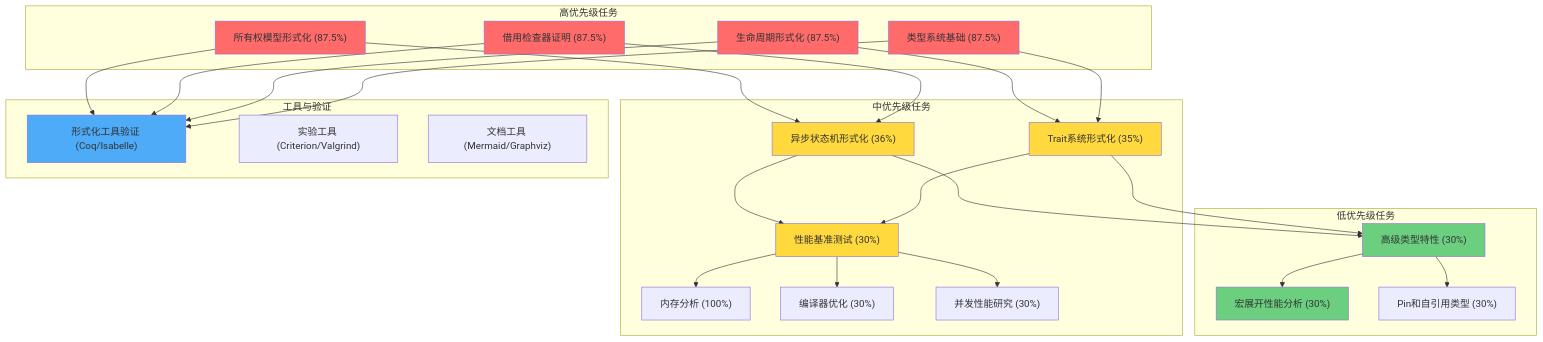
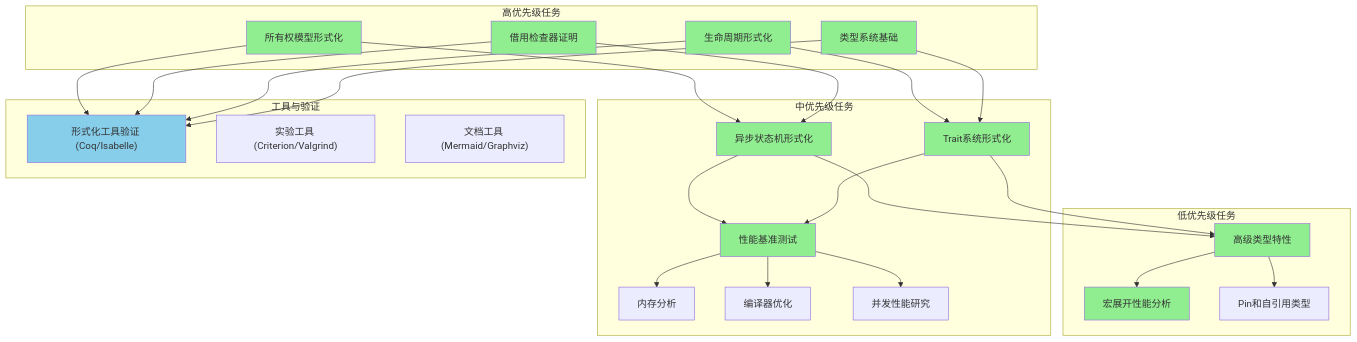
The diagram in docs/research_notes/TASK_ORCHESTRATION_AND_EXECUTION_PLAN.md (martin-ly/rust-lang), drawn with Mermaid before and after one commit. The commit also changed other lines of this file and 15 other files, not shown here.

````diff
--- a/docs/research_notes/TASK_ORCHESTRATION_AND_EXECUTION_PLAN.md
+++ b/docs/research_notes/TASK_ORCHESTRATION_AND_EXECUTION_PLAN.md
@@ -130,62 +139,62 @@
 ```mermaid
 graph TB
     subgraph "高优先级任务"
-        A1["所有权模型形式化 (87.5%)"]
-        A2["借用检查器证明 (87.5%)"]
-        A3["生命周期形式化 (87.5%)"]
-        A4["类型系统基础 (87.5%)"]
+        A1["所有权模型形式化"]
+        A2["借用检查器证明"]
+        A3["生命周期形式化"]
+        A4["类型系统基础"]
     end
 
     subgraph "中优先级任务"
-        B1["异步状态机形式化 (36%)"]
-        B2["Trait系统形式化 (35%)"]
-        B3["性能基准测试 (30%)"]
-        B4["内存分析 (100%)"]
-        B5["编译器优化 (30%)"]
-        B6["并发性能研究 (30%)"]
+        B1["异步状态机形式化"]
+        B2["Trait系统形式化"]
+        B3["性能基准测试"]
+        B4["内存分析"]
+        B5["编译器优化"]
+        B6["并发性能研究"]
     end
 
     subgraph "低优先级任务"
-        C1["高级类型特性 (30%)"]
-        C2["宏展开性能分析 (30%)"]
-        C3["Pin和自引用类型 (30%)"]
+        C1["高级类型特性"]
+        C2["宏展开性能分析"]
+        C3["Pin和自引用类型"]
     end
 
     subgraph "工具与验证"
         D1["形式化工具验证 (Coq/Isabelle)"]
         D2["实验工具 (Criterion/Valgrind)"]
         D3["文档工具 (Mermaid/Graphviz)"]
     end
 
     A1 --> D1
     A2 --> D1
     A3 --> D1
     A4 --> D1
 
     A1 --> B1
     A2 --> B1
     A3 --> B2
     A4 --> B2
 
     B1 --> B3
     B2 --> B3
     B3 --> B4
     B3 --> B5
     B3 --> B6
 
     B1 --> C1
     B2 --> C1
     C1 --> C2
     C1 --> C3
 
-    style A1 fill:#ff6b6b
-    style A2 fill:#ff6b6b
-    style A3 fill:#ff6b6b
-    style A4 fill:#ff6b6b
-    style B1 fill:#ffd93d
-    style B2 fill:#ffd93d
-    style B3 fill:#ffd93d
-    style C1 fill:#6bcf7f
-    style C2 fill:#6bcf7f
-    style D1 fill:#4dabf7
+    style A1 fill:#90EE90
+    style A2 fill:#90EE90
+    style A3 fill:#90EE90
+    style A4 fill:#90EE90
+    style B1 fill:#90EE90
+    style B2 fill:#90EE90
+    style B3 fill:#90EE90
+    style C1 fill:#90EE90
+    style C2 fill:#90EE90
+    style D1 fill:#87CEEB
 ```
````
